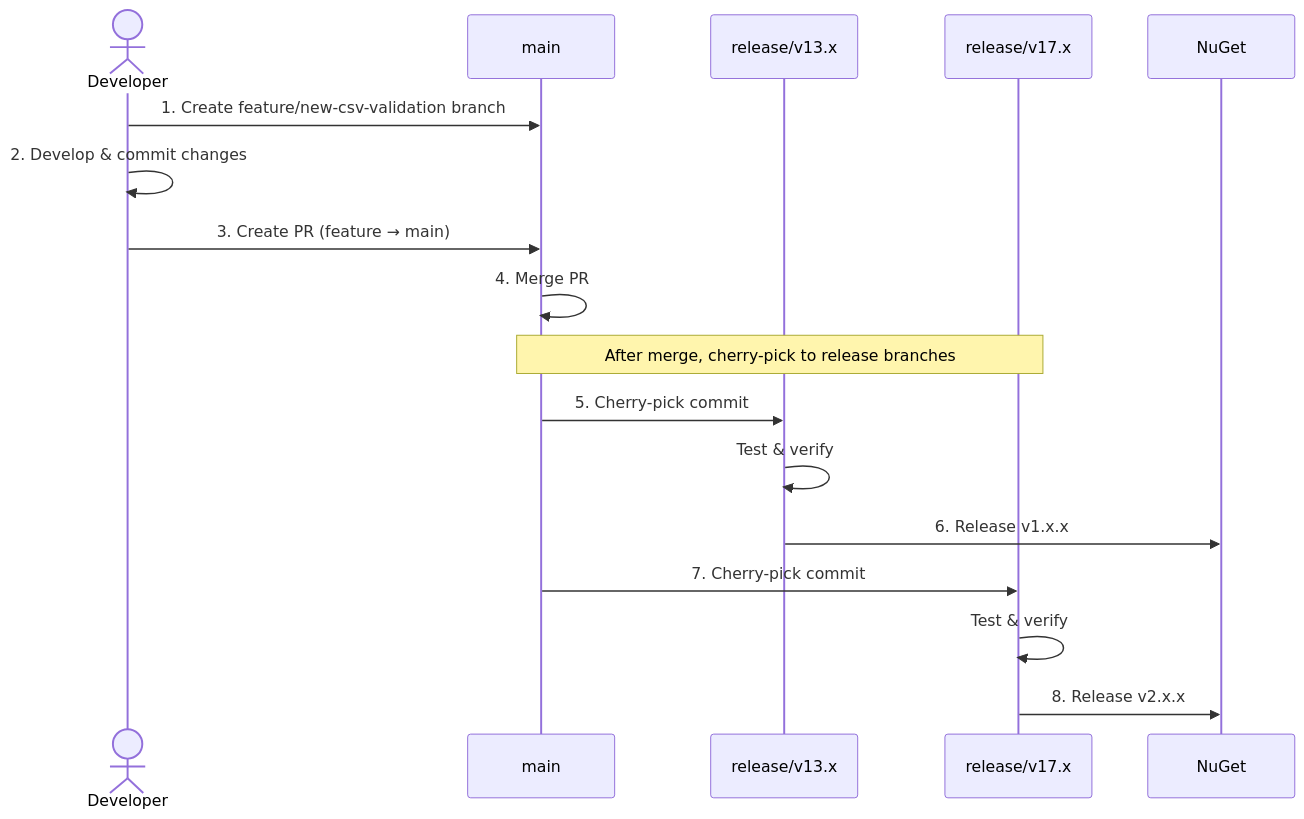
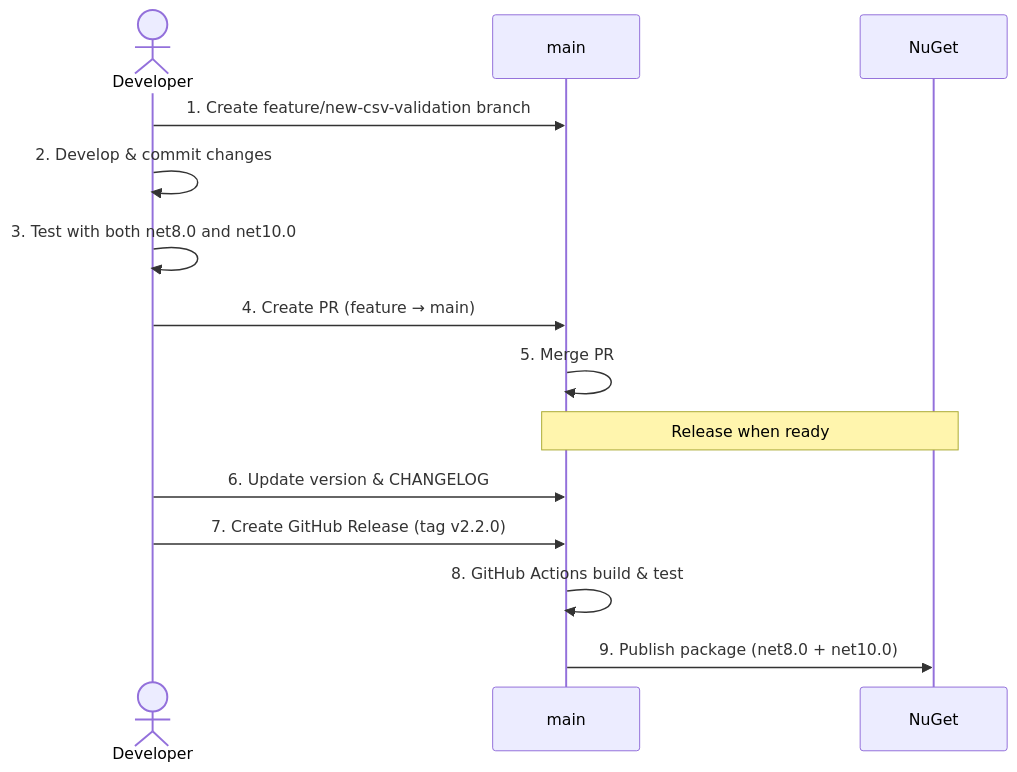
One commit to ClerksWell-Ltd/BulkUpload changed the second of 9 diagrams in .github/docs/developer-guides/WORKFLOW_DIAGRAM.md. Above: the diagram before and after it, drawn with Mermaid. The commit also changed other lines of this file and 36 other files, not shown here.

````diff
--- a/.github/docs/developer-guides/WORKFLOW_DIAGRAM.md
+++ b/.github/docs/developer-guides/WORKFLOW_DIAGRAM.md
@@ -41,23 +34,19 @@
 ```mermaid
 sequenceDiagram
     actor Developer
     participant main
-    participant release/v13.x
-    participant release/v17.x
     participant NuGet
 
     Developer->>main: 1. Create feature/new-csv-validation branch
     Developer->>Developer: 2. Develop & commit changes
-    Developer->>main: 3. Create PR (feature → main)
-    main->>main: 4. Merge PR
+    Developer->>Developer: 3. Test with both net8.0 and net10.0
+    Developer->>main: 4. Create PR (feature → main)
+    main->>main: 5. Merge PR
 
-    Note over main,release/v17.x: After merge, cherry-pick to release branches
+    Note over main,NuGet: Release when ready
 
-    main->>release/v13.x: 5. Cherry-pick commit
-    release/v13.x->>release/v13.x: Test & verify
-    release/v13.x->>NuGet: 6. Release v1.x.x
-
-    main->>release/v17.x: 7. Cherry-pick commit
-    release/v17.x->>release/v17.x: Test & verify
-    release/v17.x->>NuGet: 8. Release v2.x.x
+    Developer->>main: 6. Update version & CHANGELOG
+    Developer->>main: 7. Create GitHub Release (tag v2.2.0)
+    main->>main: 8. GitHub Actions build & test
+    main->>NuGet: 9. Publish package (net8.0 + net10.0)
 ```
````
